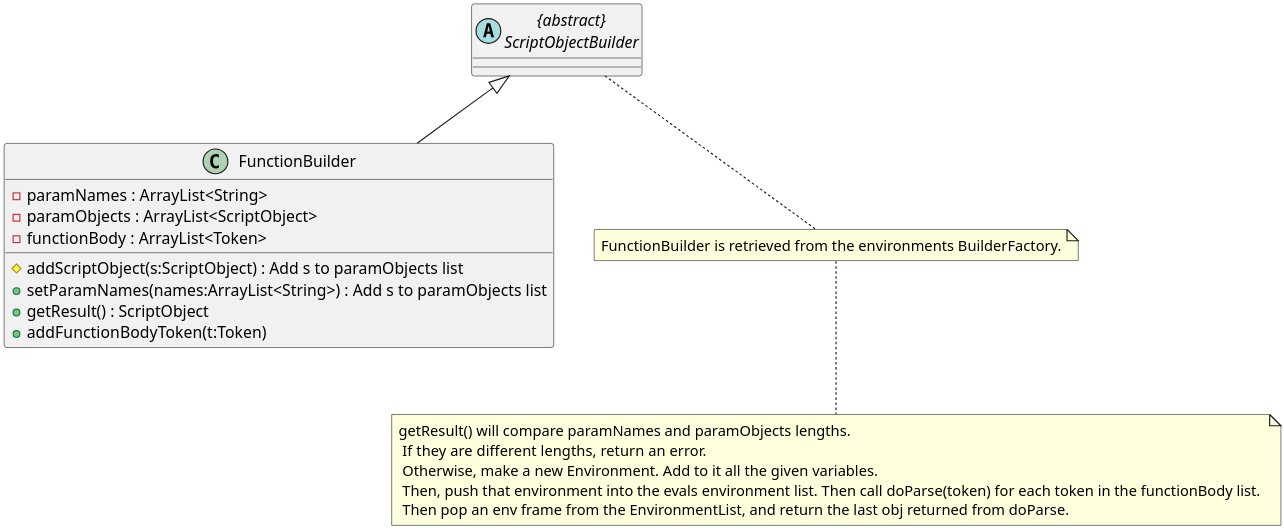
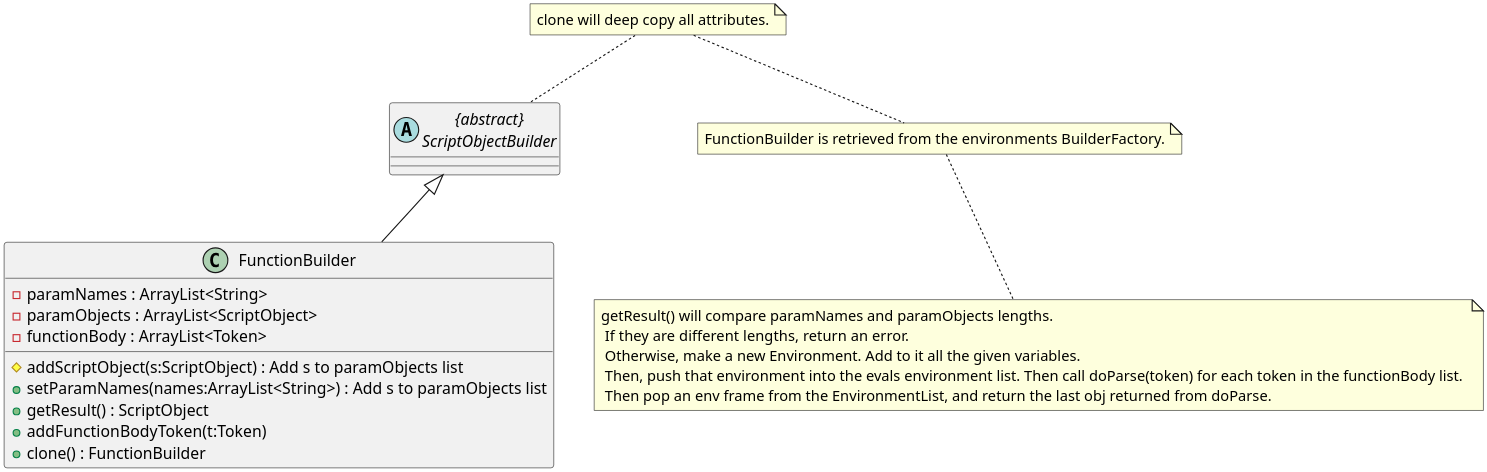
The diagram in Builder/FunctionBuilder.org (MatthewBregg/DesignPatternsRepo), drawn with PlantUML before and after one commit. The commit also changed 20 other files, not shown here.

```diff
--- a/Builder/FunctionBuilder.org
+++ b/Builder/FunctionBuilder.org
@@ -1,19 +1,21 @@
   #+BEGIN_SRC plantuml :file FunctionBuilder.png
 skinparam dpi 300
 class FunctionBuilder
 
 abstract class ScriptObjectBuilder as "{abstract}\nScriptObjectBuilder"
 
 ScriptObjectBuilder <|-- FunctionBuilder
 FunctionBuilder : -paramNames : ArrayList<String>
 FunctionBuilder : -paramObjects : ArrayList<ScriptObject>
 FunctionBuilder : #addScriptObject(s:ScriptObject) : Add s to paramObjects list
 FunctionBuilder : +setParamNames(names:ArrayList<String>) : Add s to paramObjects list
 FunctionBuilder : +getResult() : ScriptObject 
 FunctionBuilder : -functionBody : ArrayList<Token>
 FunctionBuilder : +addFunctionBodyToken(t:Token)
+FunctionBuilder : +clone() : FunctionBuilder
+note top : clone will deep copy all attributes.
 
 note bottom : FunctionBuilder is retrieved from the environments BuilderFactory.
 note bottom : getResult() will compare paramNames and paramObjects lengths. \n If they are different lengths, return an error. \n Otherwise, make a new Environment. Add to it all the given variables. \n Then, push that environment into the evals environment list. Then call doParse(token) for each token in the functionBody list. \n Then pop an env frame from the EnvironmentList, and return the last obj returned from doParse.
 
   #+END_SRC
```
